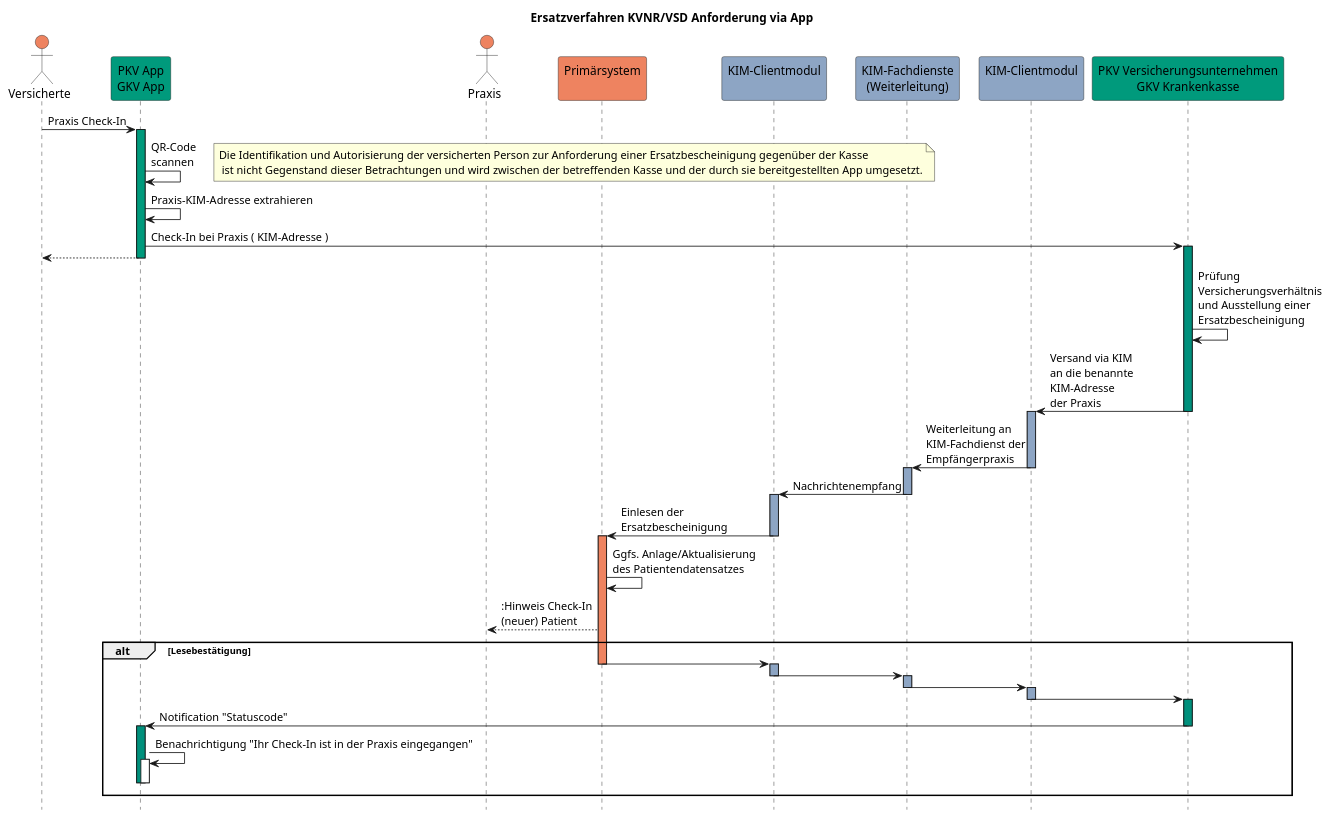
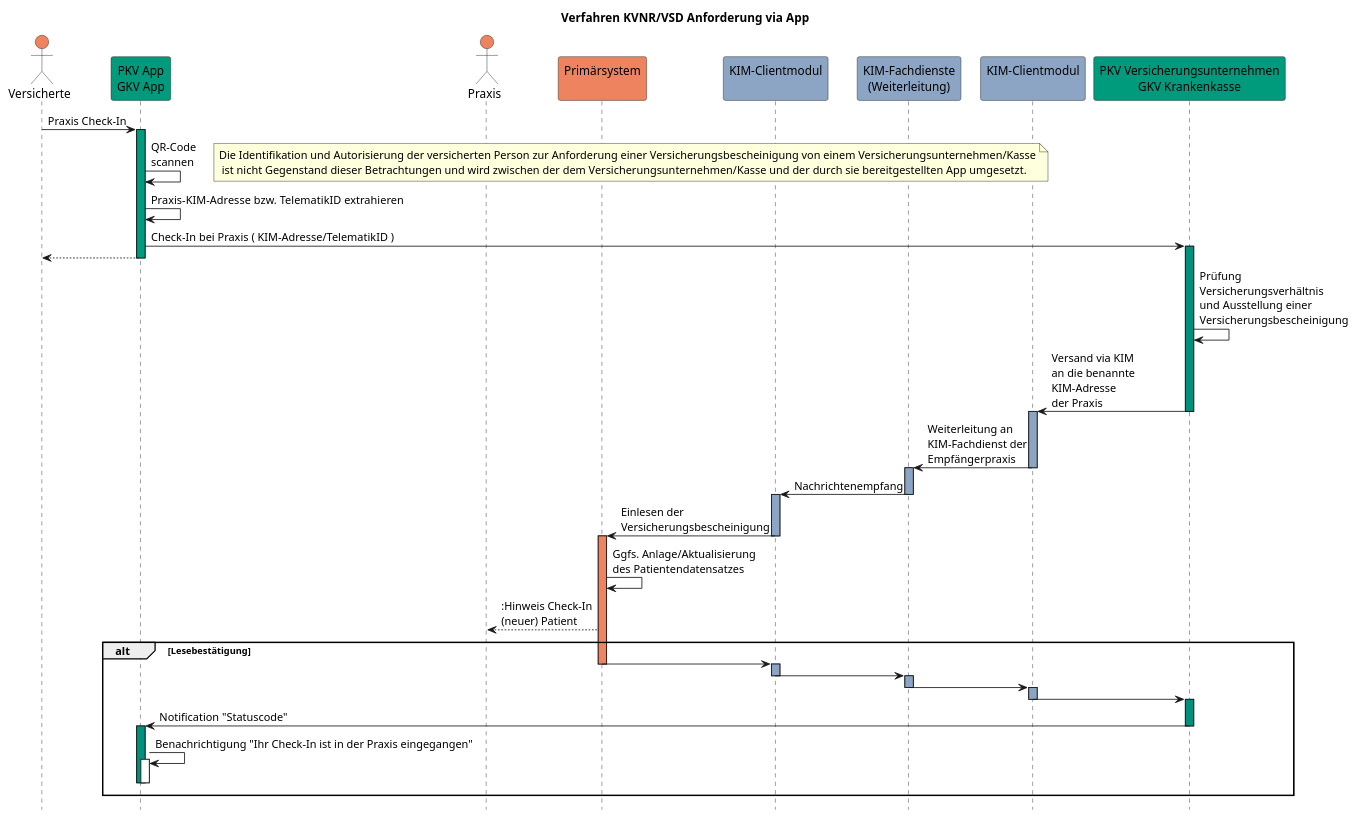
Before and after one commit to gematik/spec-VSDM-Ersatzbescheinigung: the diagram in ImplementationGuide/images/pkv_ersatzverfahren.puml, drawn with PlantUML. The commit also changed 7 other files, not shown here.

```diff
--- a/ImplementationGuide/images/pkv_ersatzverfahren.puml
+++ b/ImplementationGuide/images/pkv_ersatzverfahren.puml
@@ -1,61 +1,61 @@
 @startuml pkv_ersatzverfahren
 
 hide footbox
-title Ersatzverfahren KVNR/VSD Anforderung via App
+title Verfahren KVNR/VSD Anforderung via App
 actor Vers as "Versicherte" #ee8360
 participant App as "PKV App\nGKV App" #009a7c
 actor LE as "Praxis" #ee8360
 participant PVS as "Primärsystem\n" #ee8360
 participant KIMCM1 as "KIM-Clientmodul\n" #8da5c4
 participant KIMFD as "KIM-Fachdienste\n(Weiterleitung)" #8da5c4
 participant KIMCM2 as "KIM-Clientmodul\n" #8da5c4
 participant Kasse as "PKV Versicherungsunternehmen\nGKV Krankenkasse" #009a7c
 
 Vers -> App: Praxis Check-In
 activate App #009a7c
 App -> App: QR-Code\nscannen
-note right: Die Identifikation und Autorisierung der versicherten Person zur Anforderung einer Ersatzbescheinigung gegenüber der Kasse\n ist nicht Gegenstand dieser Betrachtungen und wird zwischen der betreffenden Kasse und der durch sie bereitgestellten App umgesetzt.
-App -> App: Praxis-KIM-Adresse extrahieren
-App -> Kasse: Check-In bei Praxis ( KIM-Adresse )
+note right: Die Identifikation und Autorisierung der versicherten Person zur Anforderung einer Versicherungsbescheinigung von einem Versicherungsunternehmen/Kasse\n ist nicht Gegenstand dieser Betrachtungen und wird zwischen der dem Versicherungsunternehmen/Kasse und der durch sie bereitgestellten App umgesetzt.
+App -> App: Praxis-KIM-Adresse bzw. TelematikID extrahieren
+App -> Kasse: Check-In bei Praxis ( KIM-Adresse/TelematikID )
 activate Kasse #00907c
 App --> Vers:
 deactivate App
-Kasse -> Kasse: Prüfung\nVersicherungsverhältnis\nund Ausstellung einer\nErsatzbescheinigung
+Kasse -> Kasse: Prüfung\nVersicherungsverhältnis\nund Ausstellung einer\nVersicherungsbescheinigung
 Kasse -> KIMCM2: Versand via KIM\nan die benannte\nKIM-Adresse\nder Praxis
 deactivate Kasse
 activate KIMCM2 #8da5c4
 KIMCM2 -> KIMFD: Weiterleitung an\nKIM-Fachdienst der\nEmpfängerpraxis
 deactivate KIMCM2
 activate KIMFD #8da5c4
 KIMFD -> KIMCM1: Nachrichtenempfang
 deactivate KIMFD
 activate KIMCM1 #8da5c4
-KIMCM1 -> PVS: Einlesen der\nErsatzbescheinigung
+KIMCM1 -> PVS: Einlesen der\nVersicherungsbescheinigung
 deactivate KIMCM1
 activate PVS #ee8360
 PVS -> PVS: Ggfs. Anlage/Aktualisierung\ndes Patientendatensatzes
 PVS ---> LE: :Hinweis Check-In\n(neuer) Patient
 alt Lesebestätigung
     PVS -> KIMCM1
     deactivate PVS
     activate KIMCM1 #8da5c4
     KIMCM1 -> KIMFD
     deactivate KIMCM1
     activate KIMFD #8da5c4
     KIMFD -> KIMCM2
     deactivate KIMFD
     activate KIMCM2 #8da5c4
     KIMCM2 -> Kasse
     deactivate KIMCM2
     activate Kasse #00907c
     Kasse -> App: Notification "Statuscode"
     deactivate Kasse
     activate App #00907c
     App -> App: Benachrichtigung "Ihr Check-In ist in der Praxis eingegangen"
     activate App
     deactivate App
     deactivate App
 
 end
 
 @enduml
```
